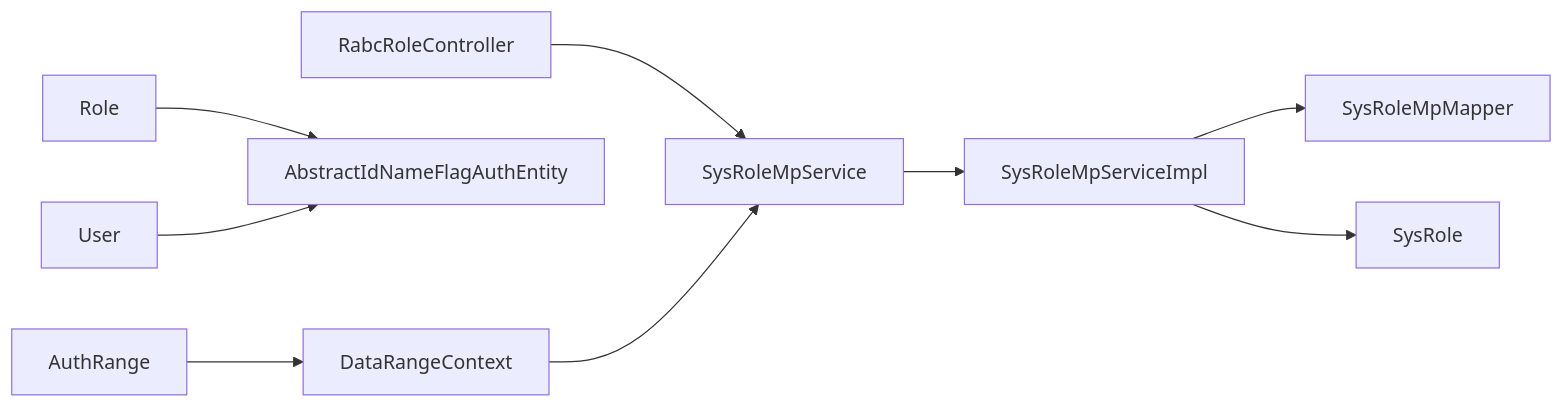
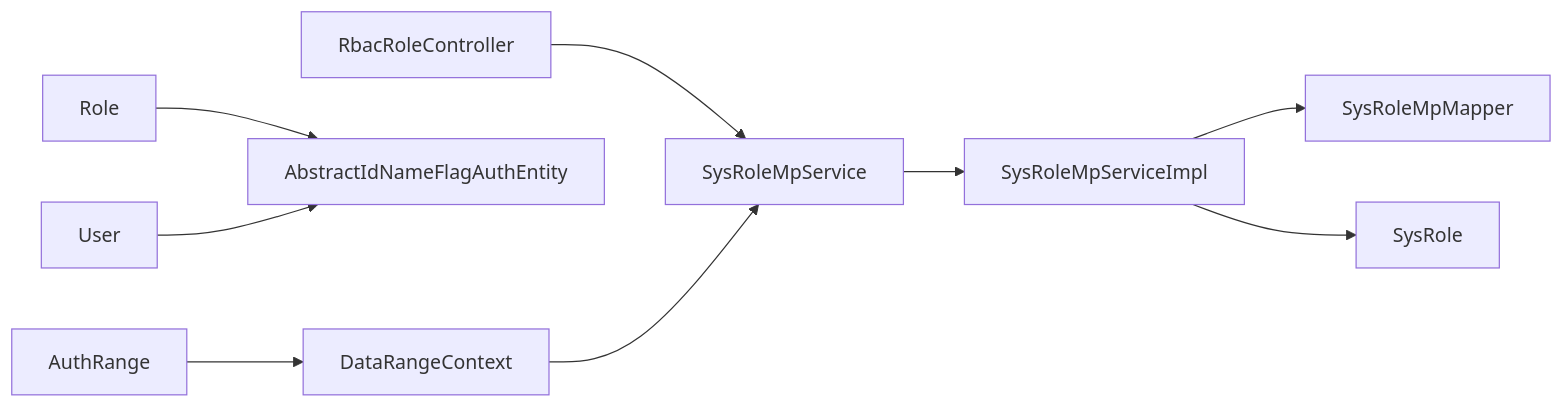
The seventh of 7 diagrams in .qoder/repowiki/zh/content/权限系统 (qy-auth)/RBAC实现 (auth-rbac)/角色管理.md (LiukewenSC/kewen-framework), drawn with Mermaid before and after one commit. The commit also changed other lines of this file and 764 other files, not shown here.

````diff
--- a/.qoder/repowiki/zh/content/权限系统 (qy-auth)/RBAC实现 (auth-rbac)/角色管理.md
+++ b/.qoder/repowiki/zh/content/权限系统 (qy-auth)/RBAC实现 (auth-rbac)/角色管理.md
@@ -320,11 +320,11 @@
 ```mermaid
 graph LR
-Ctrl["RabcRoleController"] --> Svc["SysRoleMpService"]
+Ctrl["RbacRoleController"] --> Svc["SysRoleMpService"]
 Svc --> Impl["SysRoleMpServiceImpl"]
 Impl --> Mapper["SysRoleMpMapper"]
 Impl --> Entity["SysRole"]
 RoleModel["Role"] --> AbsEntity["AbstractIdNameFlagAuthEntity"]
 UserModel["User"] --> AbsEntity
 Range["AuthRange"] --> Ctx["DataRangeContext"]
 Ctx --> Svc
 ```
````
